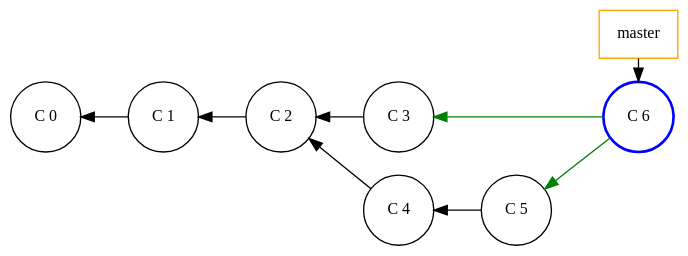
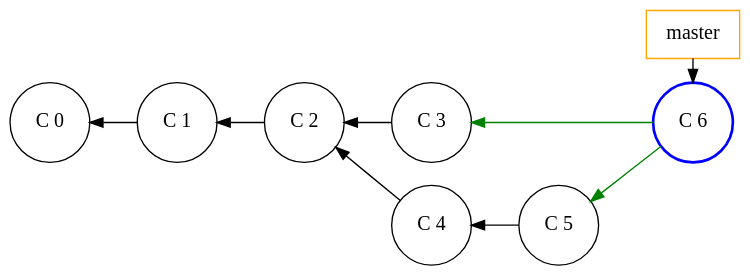
Before and after one commit to Gepardec/git-training: the diagram in slides/intro/src/docs/asciidoc/graphviz/git-merge-conflict-2.dot, drawn with Graphviz. The commit also changed 15 other files, not shown here.

Commit message:
- Modified README.adoc to explain how to install graphviz - Modified graphs of theoretical part - Finished theoretical part

```diff
--- a/slides/intro/src/docs/asciidoc/graphviz/git-merge-conflict-2.dot
+++ b/slides/intro/src/docs/asciidoc/graphviz/git-merge-conflict-2.dot
@@ -1,39 +1,39 @@
 digraph git_merge_fast_fwd {
     splines=line
     rankdir=LR
     bgcolor=transparent
 
-    node[width=0.3, shape=rect,fontsize=12.0, style="", color=orange]
+    node[width=0.3, shape=rect,fontsize=15.0, style="", color=orange]
     edge[dir=back, style=""]
     master [label="master"]
 
-    node[shape=circle,fontsize=12.0, style="", color=""]
+    node[shape=circle,fontsize=15.0, style="", color=""]
     edge[dir=back, style=""]
 
     c_0 [label="C 0", group=master]
     c_1 [label="C 1", group=master]
     c_2 [label="C 2", group=master]
     c_3 [label="C 3", group=master]
     c_4 [label="C 4", group=branch]
     c_5 [label="C 5", group=branch]
 
     /* Marked nodes */
     node[shape=circle, color=blue, style=bold]
     c_6 [label="C 6", group=master]
 
     edge[style=""]
     c_0 -> c_1 -> c_2
     c_2 -> c_3
     c_2 -> c_4
 
     edge[color=""]
     master -> c_6 [dir=""]
 
     c_4 -> c_5
     edge[color=green]
     c_3 -> c_6
     c_5 -> c_6
 
     {rank=same; c_3 c_4 }
     {rank=same; master c_6 }
 }
```
